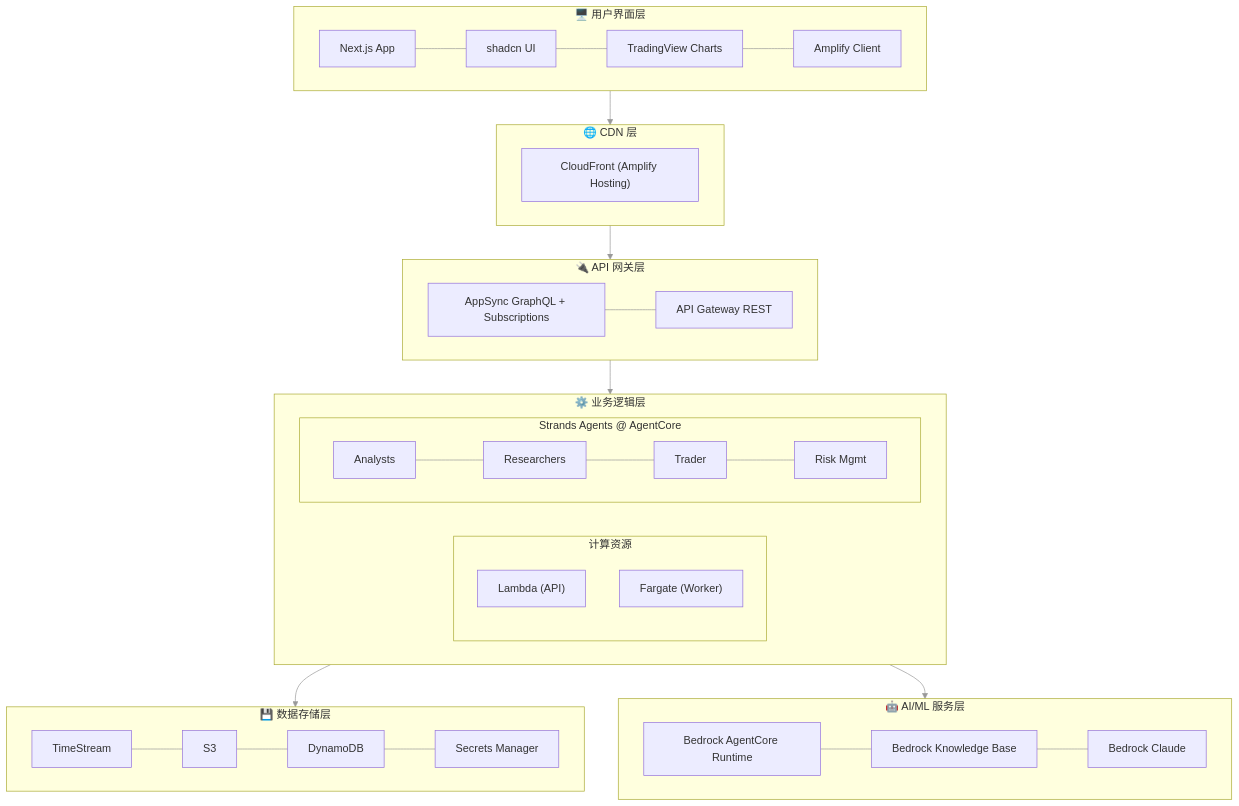
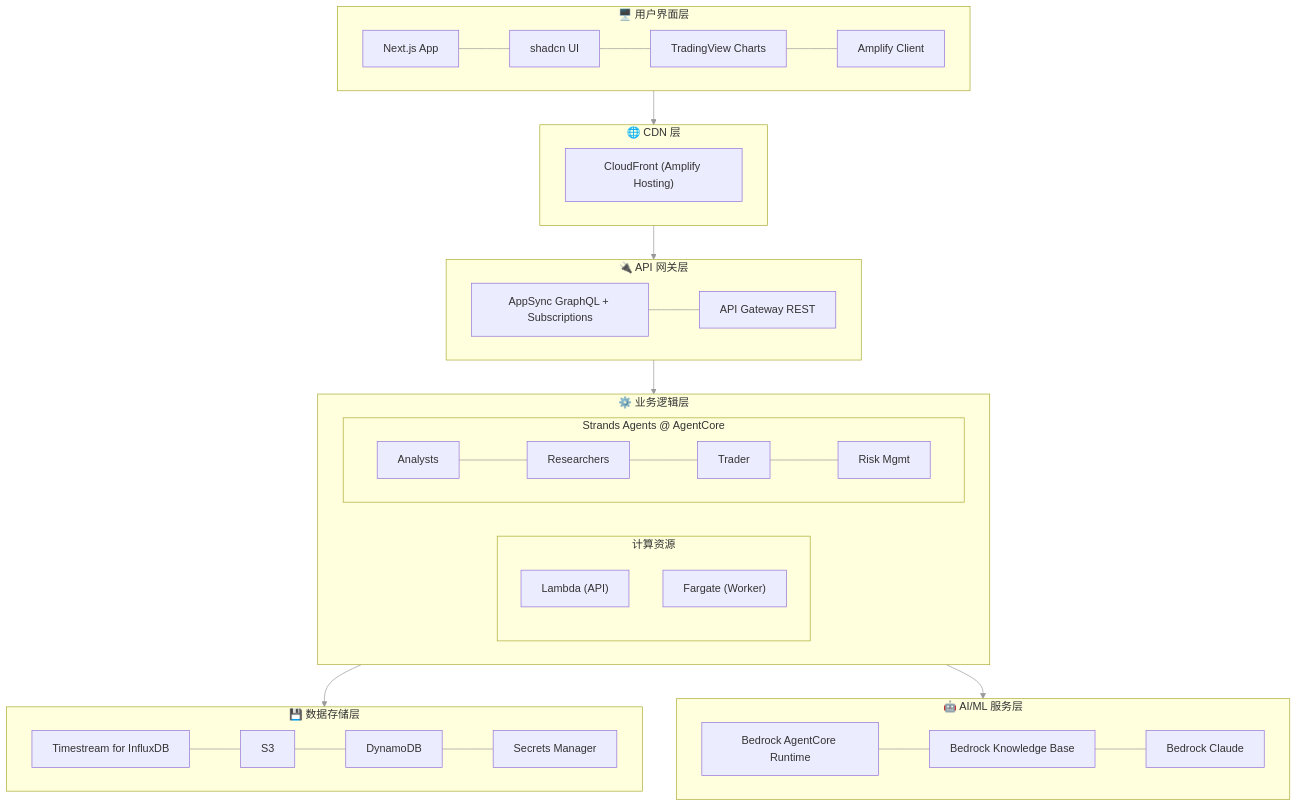
Before and after one commit to jingnanl/WavePilotAI: the first of 5 diagrams in docs/design.md, drawn with Mermaid. The commit also changed other lines of this file and 32 other files, not shown here.

````diff
--- a/docs/design.md
+++ b/docs/design.md
@@ -15,45 +15,45 @@
 ```mermaid
 flowchart TB
     subgraph UI["🖥️ 用户界面层"]
         direction LR
         NextJS["Next.js App"] --- ShadcnUI["shadcn UI"] --- TradingView["TradingView Charts"] --- AmplifyClient["Amplify Client"]
     end
 
     subgraph CDN["🌐 CDN 层"]
         direction LR
         CloudFront["CloudFront (Amplify Hosting)"]
     end
 
     subgraph API["🔌 API 网关层"]
         direction LR
         AppSync["AppSync GraphQL + Subscriptions"] --- APIGateway["API Gateway REST"]
     end
 
     subgraph Logic["⚙️ 业务逻辑层"]
         direction LR
         subgraph Compute["计算资源"]
             direction TB
             Lambda["Lambda (API)"]
             Fargate["Fargate (Worker)"]
         end
         subgraph Agents["Strands Agents @ AgentCore"]
             direction LR
             Analysts["Analysts"] --- Researchers["Researchers"] --- Trader["Trader"] --- RiskMgmt["Risk Mgmt"]
         end
     end
 
     subgraph Storage["💾 数据存储层"]
         direction LR
-        TimeStream["TimeStream"] --- S3["S3"] --- DynamoDB["DynamoDB"] --- Secrets["Secrets Manager"]
+        InfluxDB["Timestream for InfluxDB"] --- S3["S3"] --- DynamoDB["DynamoDB"] --- Secrets["Secrets Manager"]
     end
 
     subgraph AI["🤖 AI/ML 服务层"]
         direction LR
         AgentCore["Bedrock AgentCore Runtime"] --- KnowledgeBase["Bedrock Knowledge Base"] --- Claude["Bedrock Claude"]
     end
 
     UI --> CDN --> API --> Logic --> Storage
     Logic --> AI
 
     linkStyle default stroke:#999,stroke-width:1px
 ```
````
